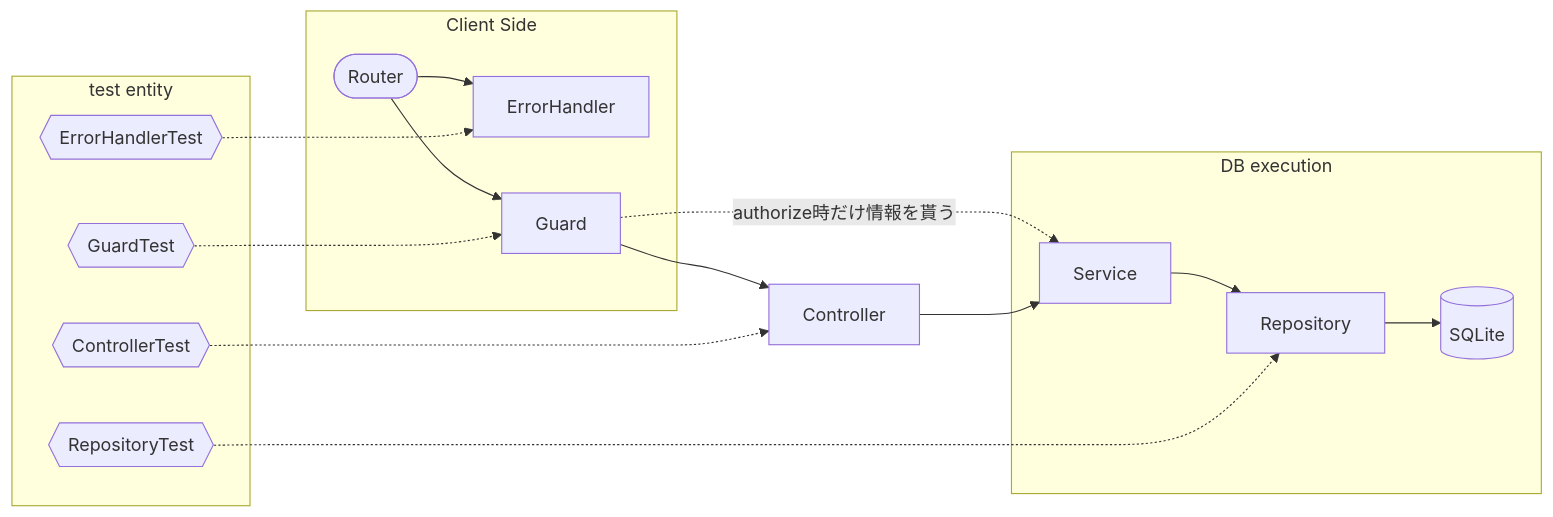
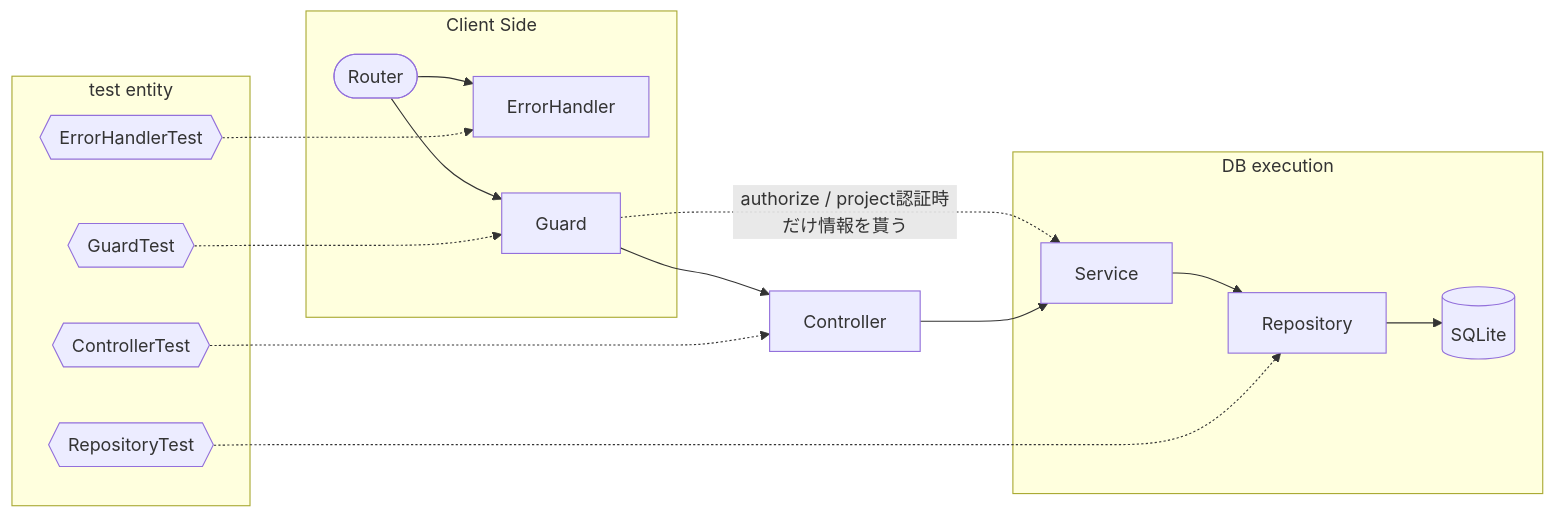
Before and after one commit to fujitashuichi/shared-driven-layered-ddd: the first of 2 diagrams in README.md, drawn with Mermaid. The commit also changed other lines of this file and 24 other files, not shown here.

````diff
--- a/README.md
+++ b/README.md
@@ -35,29 +35,29 @@
 ```mermaid
 flowchart LR
 
 subgraph test entity
   GuardTest{{GuardTest}}
   ControllerTest{{ControllerTest}}
   RepositoryTest{{RepositoryTest}}
   ErrorHandlerTest{{ErrorHandlerTest}}
 end
 
 subgraph Client Side
   Router([Router]) --> ErrorHandler
   Router --> Guard
 end
 
 subgraph DB execution
   Service --> Repository
   Repository --> DB[(SQLite)]
 end
 
-Guard -.->|authorize時だけ情報を貰う| Service
+Guard -.->|authorize / project認証時だけ情報を貰う| Service
 Guard --> Controller
 Controller --> Service
 
 GuardTest -..-> Guard
 ControllerTest -..-> Controller
 RepositoryTest -..-> Repository
 ErrorHandlerTest -..-> ErrorHandler
 ```
````
